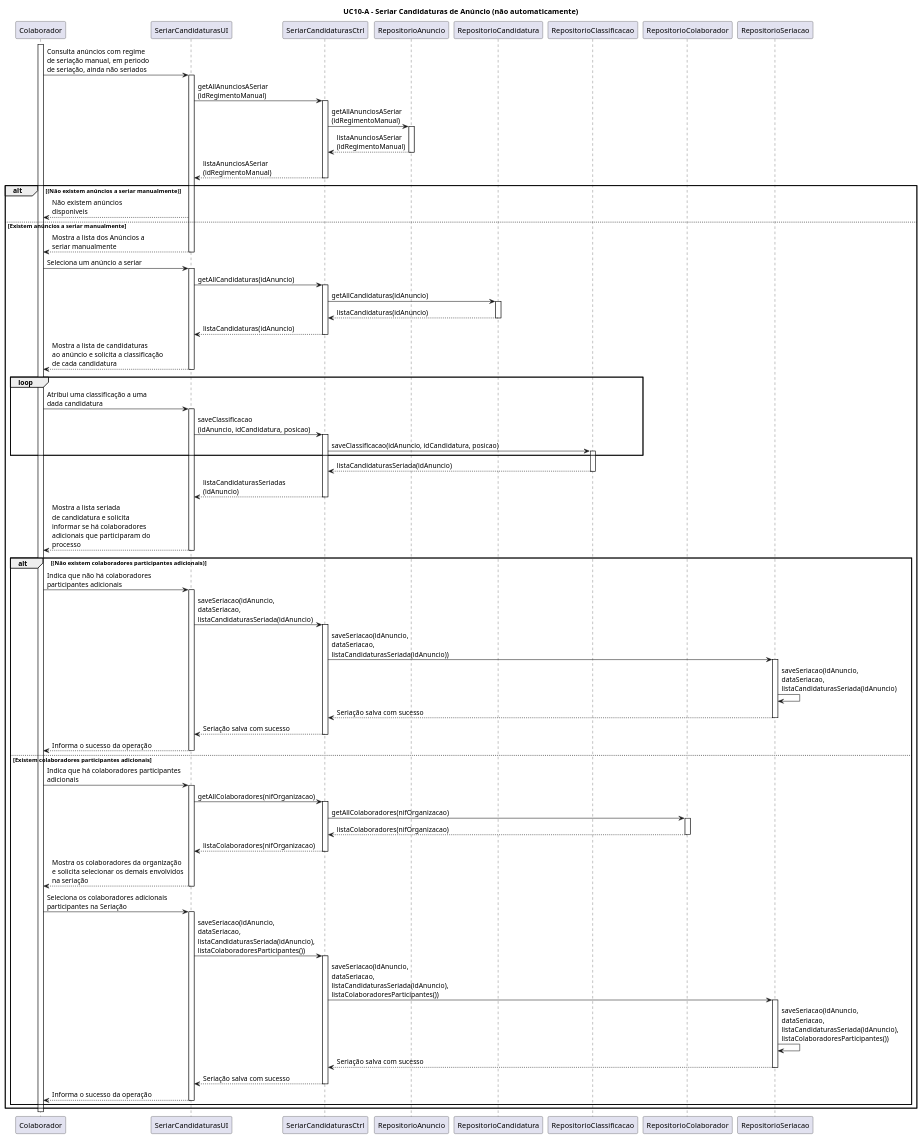
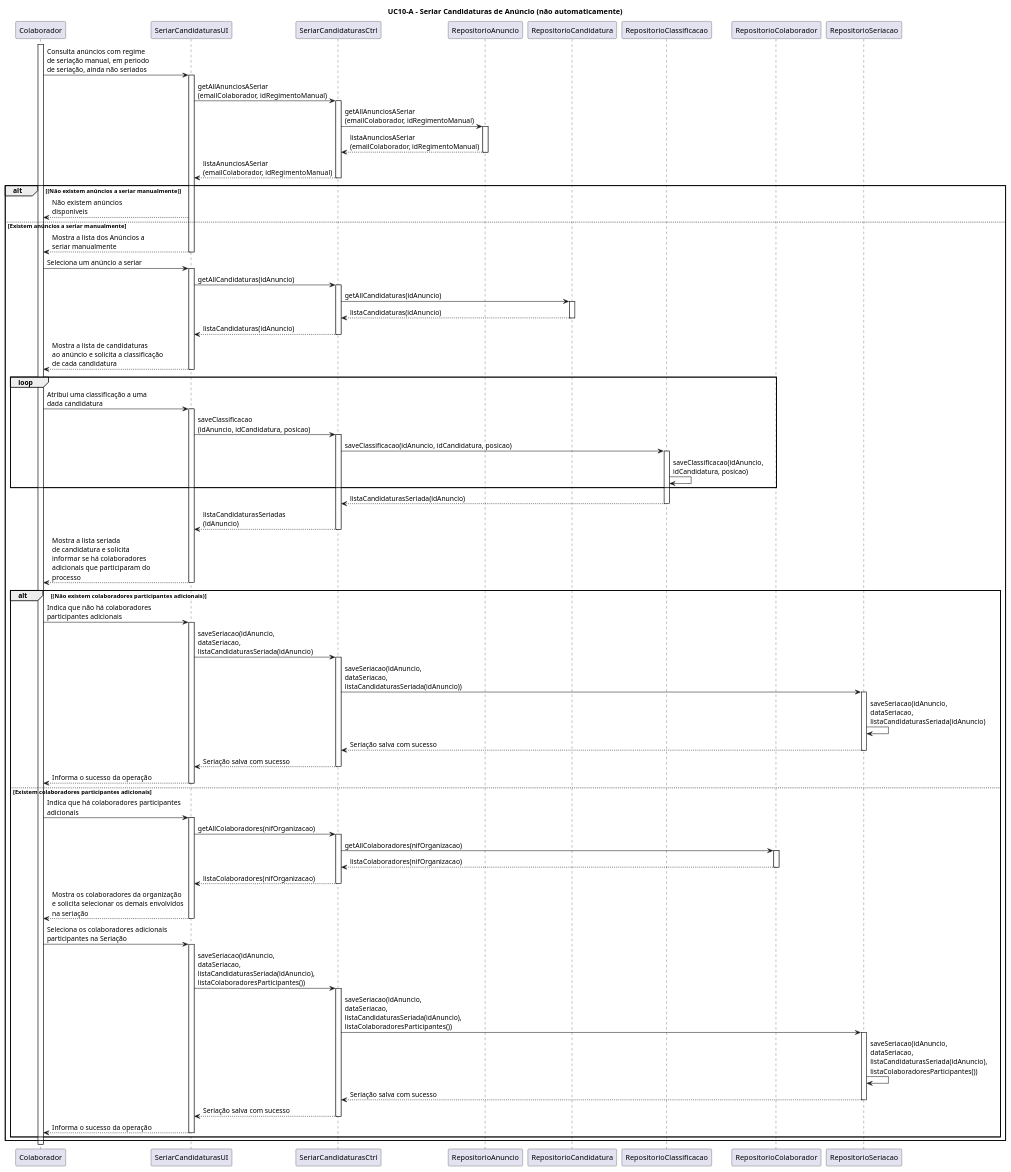
One commit to blestonbandeiraUPSKILL/upskill_java1_labprg_grupo2 changed the diagram in Documentação/Sprint 3/UC10_A_Seriar_Candidaturas_(não_automaticamente)/UC10_A_Seriar_Candidaturas_(nao_automaticamente)_Diagrama_Sequencia.puml. Above: the diagram before and after it, drawn with PlantUML. The commit also changed 9 other files, not shown here.

```diff
--- a/Documentação/Sprint 3/UC10_A_Seriar_Candidaturas_(não_automaticamente)/UC10_A_Seriar_Candidaturas_(nao_automaticamente)_Diagrama_Sequencia.puml
+++ b/Documentação/Sprint 3/UC10_A_Seriar_Candidaturas_(não_automaticamente)/UC10_A_Seriar_Candidaturas_(nao_automaticamente)_Diagrama_Sequencia.puml
@@ -1,106 +1,107 @@
 @startuml
 
 title UC10-A - Seriar Candidaturas de Anúncio (não automaticamente)
 
 participant Colaborador
 participant SeriarCandidaturasUI
 participant SeriarCandidaturasCtrl
 participant RepositorioAnuncio
 participant RepositorioCandidatura
 participant RepositorioClassificacao
 participant RepositorioColaborador
 participant RepositorioSeriacao
 
 
 activate Colaborador
 Colaborador -> SeriarCandidaturasUI: Consulta anúncios com regime \nde seriação manual, em periodo \nde seriação, ainda não seriados
 activate SeriarCandidaturasUI
-SeriarCandidaturasUI -> SeriarCandidaturasCtrl: getAllAnunciosASeriar\n(idRegimentoManual)
+SeriarCandidaturasUI -> SeriarCandidaturasCtrl: getAllAnunciosASeriar\n(emailColaborador, idRegimentoManual)
 activate SeriarCandidaturasCtrl
-SeriarCandidaturasCtrl -> RepositorioAnuncio: getAllAnunciosASeriar\n(idRegimentoManual)
+SeriarCandidaturasCtrl -> RepositorioAnuncio: getAllAnunciosASeriar\n(emailColaborador, idRegimentoManual)
 activate RepositorioAnuncio
-RepositorioAnuncio --> SeriarCandidaturasCtrl: listaAnunciosASeriar\n(idRegimentoManual)
+RepositorioAnuncio --> SeriarCandidaturasCtrl: listaAnunciosASeriar\n(emailColaborador, idRegimentoManual)
 deactivate RepositorioAnuncio
-SeriarCandidaturasCtrl --> SeriarCandidaturasUI: listaAnunciosASeriar\n(idRegimentoManual)
+SeriarCandidaturasCtrl --> SeriarCandidaturasUI: listaAnunciosASeriar\n(emailColaborador, idRegimentoManual)
 deactivate SeriarCandidaturasCtrl
 alt (Não existem anúncios a seriar manualmente)
 SeriarCandidaturasUI --> Colaborador: Não existem anúncios \ndisponiveis
 
 else Existem anúncios a seriar manualmente 
 SeriarCandidaturasUI --> Colaborador: Mostra a lista dos Anúncios a \nseriar manualmente
 deactivate SeriarCandidaturasUI
 
 
 Colaborador -> SeriarCandidaturasUI: Seleciona um anúncio a seriar 
 activate SeriarCandidaturasUI
 SeriarCandidaturasUI -> SeriarCandidaturasCtrl: getAllCandidaturas(idAnuncio)
 activate SeriarCandidaturasCtrl
 SeriarCandidaturasCtrl -> RepositorioCandidatura: getAllCandidaturas(idAnuncio)
 activate RepositorioCandidatura
 RepositorioCandidatura --> SeriarCandidaturasCtrl: listaCandidaturas(idAnuncio)
 deactivate RepositorioCandidatura
 SeriarCandidaturasCtrl --> SeriarCandidaturasUI: listaCandidaturas(idAnuncio)
 deactivate SeriarCandidaturasCtrl
 SeriarCandidaturasUI --> Colaborador: Mostra a lista de candidaturas \nao anúncio e solicita a classificação \nde cada candidatura
 deactivate SeriarCandidaturasUI
 loop
 Colaborador -> SeriarCandidaturasUI: Atribui uma classificação a uma \ndada candidatura
 activate SeriarCandidaturasUI
 SeriarCandidaturasUI -> SeriarCandidaturasCtrl: saveClassificacao\n(idAnuncio, idCandidatura, posicao)
 activate SeriarCandidaturasCtrl
 SeriarCandidaturasCtrl -> RepositorioClassificacao: saveClassificacao(idAnuncio, idCandidatura, posicao)
 activate RepositorioClassificacao
+RepositorioClassificacao -> RepositorioClassificacao: saveClassificacao(idAnuncio, \nidCandidatura, posicao)
 end loop
 RepositorioClassificacao --> SeriarCandidaturasCtrl: listaCandidaturasSeriada(idAnuncio)
 deactivate RepositorioClassificacao
 SeriarCandidaturasCtrl --> SeriarCandidaturasUI: listaCandidaturasSeriadas\n(idAnuncio)
 deactivate SeriarCandidaturasCtrl
 SeriarCandidaturasUI --> Colaborador: Mostra a lista seriada \nde candidatura e solicita \ninformar se há colaboradores \nadicionais que participaram do \nprocesso
 deactivate SeriarCandidaturasUI
 
 alt (Não existem colaboradores participantes adicionais)
 Colaborador -> SeriarCandidaturasUI: Indica que não há colaboradores \nparticipantes adicionais
 activate SeriarCandidaturasUI
 SeriarCandidaturasUI -> SeriarCandidaturasCtrl: saveSeriacao(idAnuncio, \ndataSeriacao, \nlistaCandidaturasSeriada(idAnuncio)
 activate SeriarCandidaturasCtrl
 SeriarCandidaturasCtrl -> RepositorioSeriacao: saveSeriacao(idAnuncio, \ndataSeriacao, \nlistaCandidaturasSeriada(idAnuncio))
 activate RepositorioSeriacao
 RepositorioSeriacao -> RepositorioSeriacao: saveSeriacao(idAnuncio, \ndataSeriacao, \nlistaCandidaturasSeriada(idAnuncio)
 RepositorioSeriacao --> SeriarCandidaturasCtrl: Seriação salva com sucesso
 deactivate RepositorioSeriacao
 SeriarCandidaturasCtrl --> SeriarCandidaturasUI: Seriação salva com sucesso
 deactivate SeriarCandidaturasCtrl
 SeriarCandidaturasUI --> Colaborador: Informa o sucesso da operação
 deactivate SeriarCandidaturasUI
 
 else Existem colaboradores participantes adicionais
 Colaborador -> SeriarCandidaturasUI: Indica que há colaboradores participantes \nadicionais
 activate SeriarCandidaturasUI
 SeriarCandidaturasUI -> SeriarCandidaturasCtrl: getAllColaboradores(nifOrganizacao)
 activate SeriarCandidaturasCtrl
 SeriarCandidaturasCtrl -> RepositorioColaborador: getAllColaboradores(nifOrganizacao)
 activate RepositorioColaborador
 RepositorioColaborador --> SeriarCandidaturasCtrl: listaColaboradores(nifOrganizacao)
 deactivate RepositorioColaborador
 SeriarCandidaturasCtrl --> SeriarCandidaturasUI: listaColaboradores(nifOrganizacao)
 deactivate SeriarCandidaturasCtrl
 SeriarCandidaturasUI --> Colaborador: Mostra os colaboradores da organização \ne solicita selecionar os demais envolvidos \nna seriação
 deactivate SeriarCandidaturasUI
 
 Colaborador -> SeriarCandidaturasUI: Seleciona os colaboradores adicionais \nparticipantes na Seriação
 activate SeriarCandidaturasUI
 SeriarCandidaturasUI -> SeriarCandidaturasCtrl: saveSeriacao(idAnuncio, \ndataSeriacao, \nlistaCandidaturasSeriada(idAnuncio), \nlistaColaboradoresParticipantes())
 activate SeriarCandidaturasCtrl
 SeriarCandidaturasCtrl -> RepositorioSeriacao: saveSeriacao(idAnuncio, \ndataSeriacao, \nlistaCandidaturasSeriada(idAnuncio), \nlistaColaboradoresParticipantes())
 activate RepositorioSeriacao
 RepositorioSeriacao -> RepositorioSeriacao: saveSeriacao(idAnuncio, \ndataSeriacao, \nlistaCandidaturasSeriada(idAnuncio), \nlistaColaboradoresParticipantes())
 RepositorioSeriacao --> SeriarCandidaturasCtrl: Seriação salva com sucesso
 deactivate RepositorioSeriacao
 SeriarCandidaturasCtrl --> SeriarCandidaturasUI: Seriação salva com sucesso
 deactivate SeriarCandidaturasCtrl
 SeriarCandidaturasUI --> Colaborador: Informa o sucesso da operação
 deactivate SeriarCandidaturasUI
 end alt
 end alt
 deactivate Colaborador
 @enduml
```
